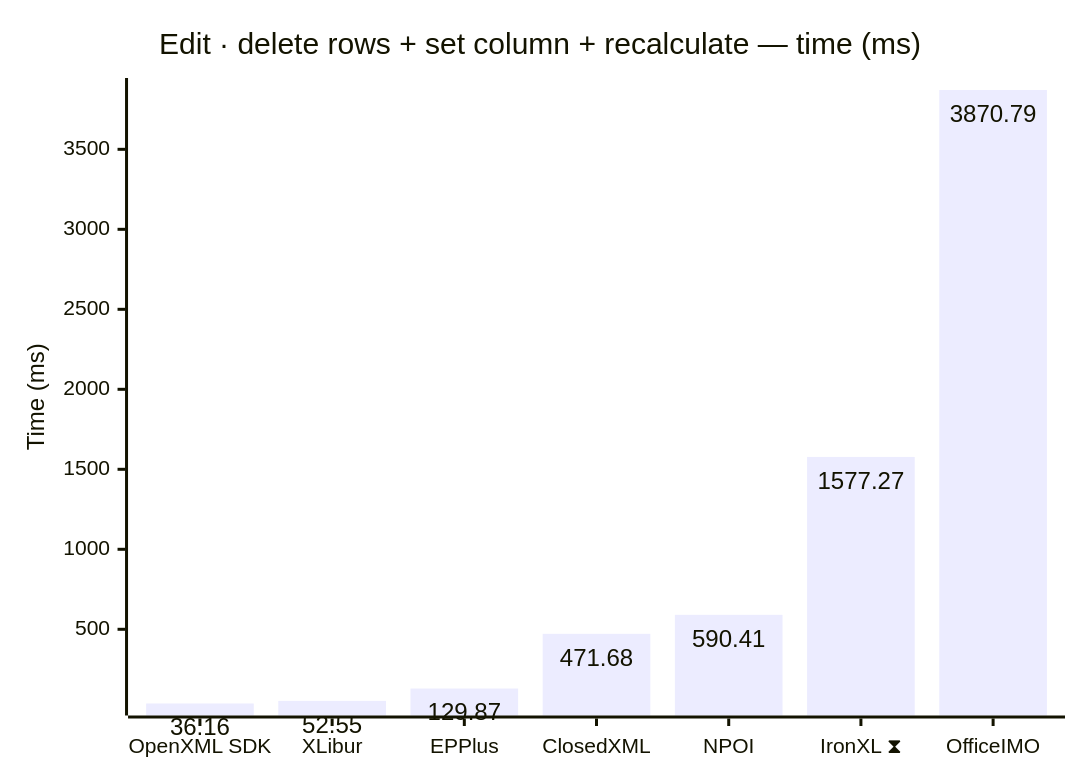
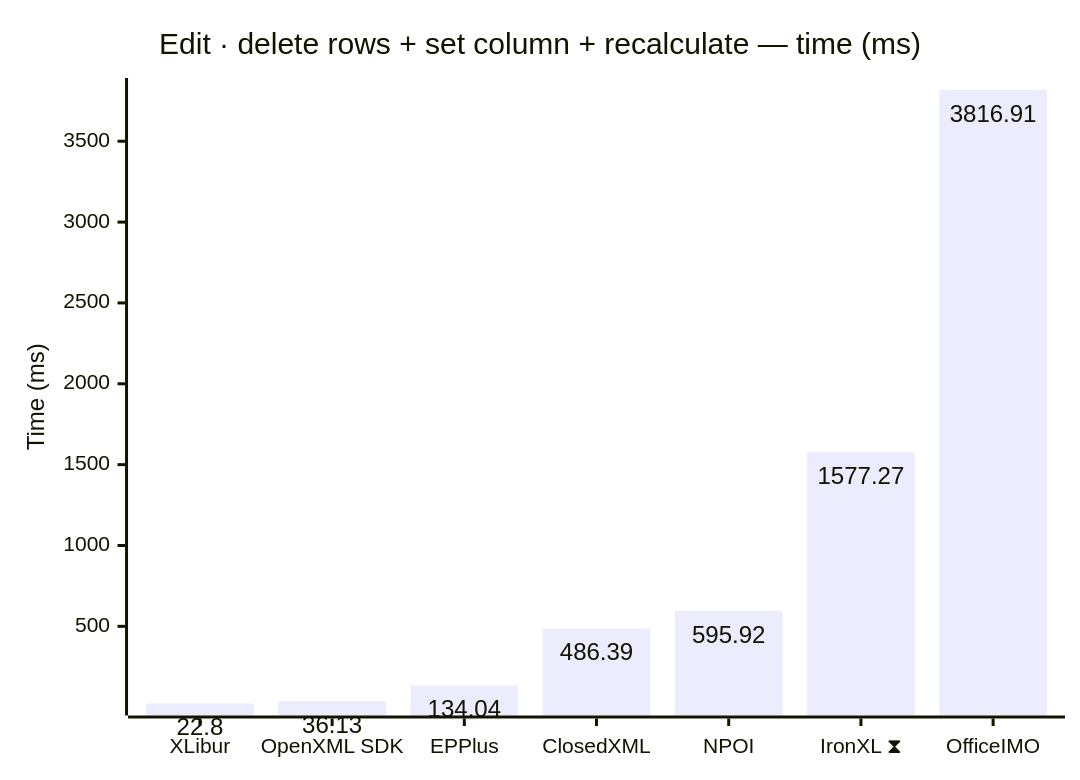
Before and after one commit to jafin/XLBench: the ninth of 12 diagrams in docs/results-ci.md, drawn with Mermaid. The commit also changed other lines of this file, not shown here.

````diff
--- a/docs/results-ci.md
+++ b/docs/results-ci.md
@@ -147,12 +147,12 @@
 ```mermaid
 ---
 config:
   xyChart:
     showDataLabel: true
 ---
 xychart-beta
     title "Edit · delete rows + set column + recalculate — time (ms)"
-    x-axis ["OpenXML SDK", "XLibur", "EPPlus", "ClosedXML", "NPOI", "IronXL ⧗", "OfficeIMO"]
+    x-axis ["XLibur", "OpenXML SDK", "EPPlus", "ClosedXML", "NPOI", "IronXL ⧗", "OfficeIMO"]
     y-axis "Time (ms)"
-    bar [36.16, 52.55, 129.87, 471.68, 590.41, 1577.27, 3870.79]
+    bar [22.8, 36.13, 134.04, 486.39, 595.92, 1577.27, 3816.91]
 ```
````
